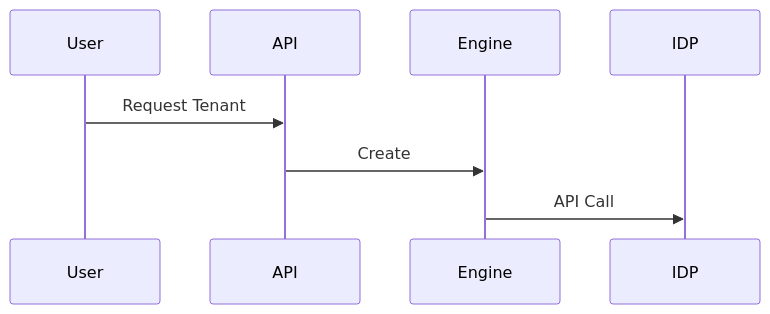
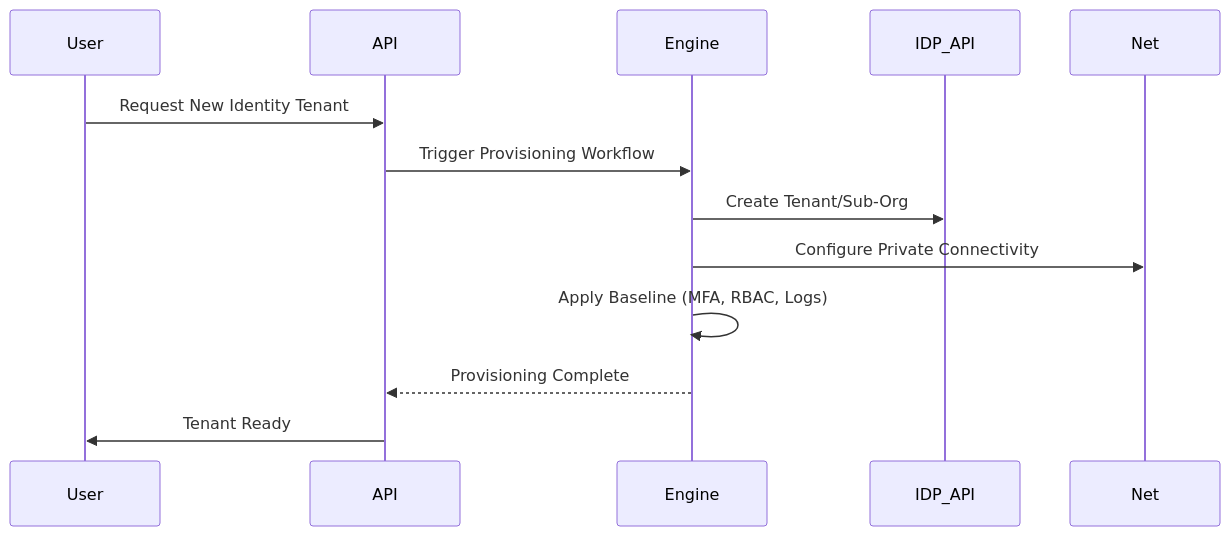
Before and after one commit to Devopstrio/identity-landingzone: the third of 30 diagrams in README.md, drawn with Mermaid. The commit also changed other lines of this file, not shown here.

Commit message:
docs: finalize premium institutional-grade README with 30+ diagrams and executive summary

````diff
--- a/README.md
+++ b/README.md
@@ -46,6 +108,16 @@
 ```mermaid
 sequenceDiagram
-    User->>API: Request Tenant
-    API->>Engine: Create
-    Engine->>IDP: API Call
+    participant User
+    participant API
+    participant Engine
+    participant IDP_API
+    participant Net
+
+    User->>API: Request New Identity Tenant
+    API->>Engine: Trigger Provisioning Workflow
+    Engine->>IDP_API: Create Tenant/Sub-Org
+    Engine->>Net: Configure Private Connectivity
+    Engine->>Engine: Apply Baseline (MFA, RBAC, Logs)
+    Engine-->>API: Provisioning Complete
+    API->>User: Tenant Ready
 ```
````
